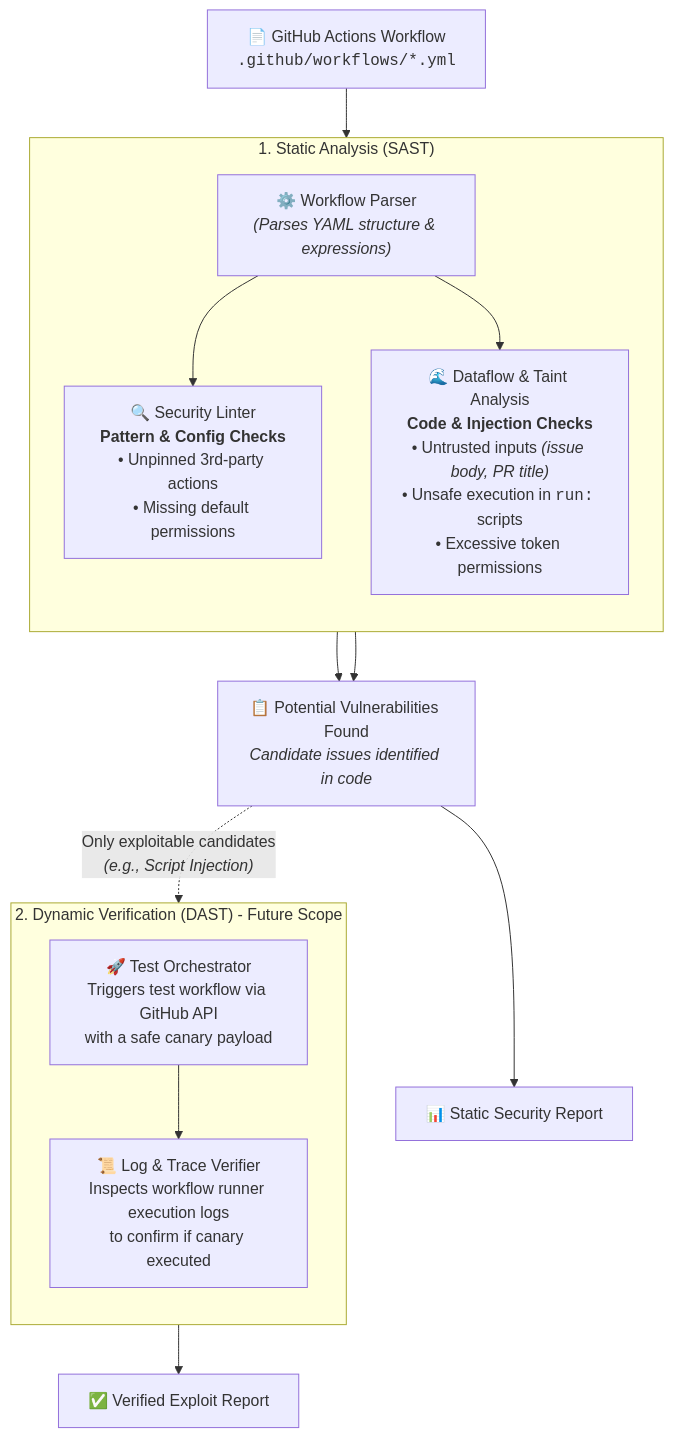
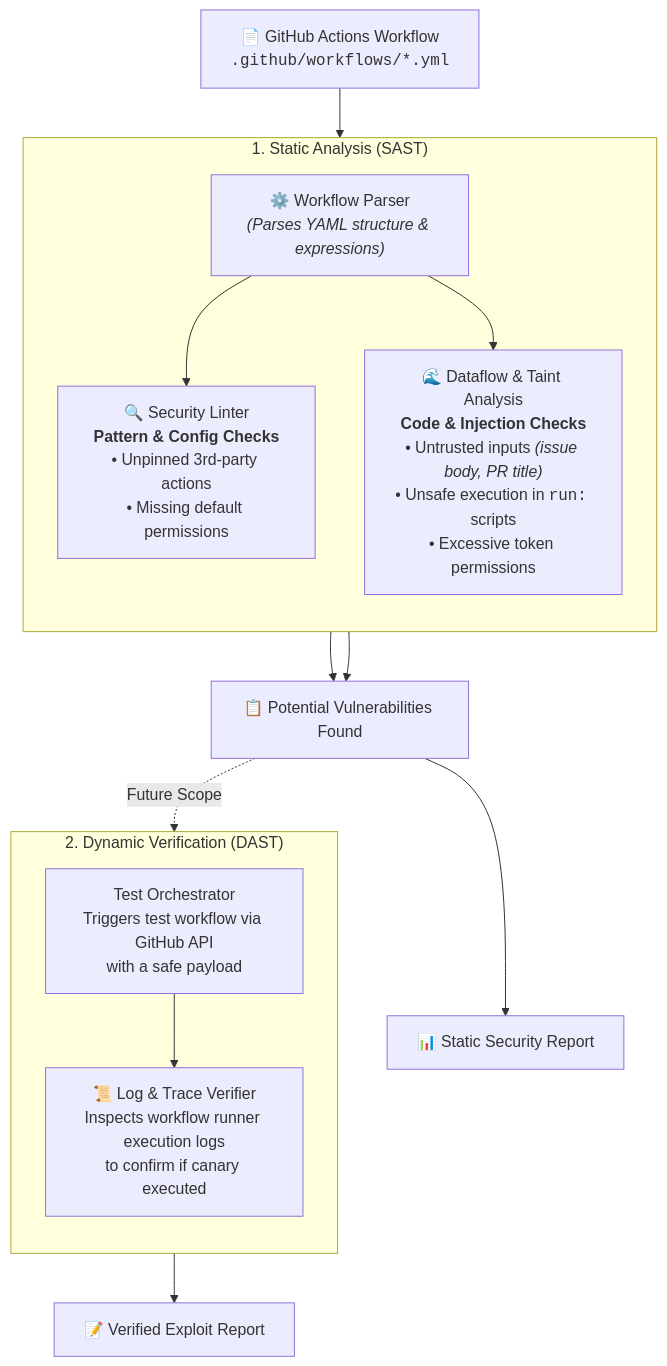
The diagram in docs/architecture.md (chinmaypant21/actionlens), drawn with Mermaid before and after one commit. The commit also changed 1 other file, not shown here.

Commit message:
Documentation update

````diff
--- a/docs/architecture.md
+++ b/docs/architecture.md
@@ -9,28 +9,27 @@
 ```mermaid
 flowchart TD
     %% Input
     Input["📄 GitHub Actions Workflow<br/><code>.github/workflows/*.yml</code>"] --> Parser["⚙️ Workflow Parser<br/><i>(Parses YAML structure & expressions)</i>"]
 
     %% Stage 1: SAST
     subgraph SAST["1. Static Analysis (SAST)"]
         direction TB
         Parser --> Lint["🔍 Security Linter<br/><b>Pattern & Config Checks</b><br/>• Unpinned 3rd-party actions<br/>• Missing default permissions"]
         Parser --> Dataflow["🌊 Dataflow & Taint Analysis<br/><b>Code & Injection Checks</b><br/>• Untrusted inputs <i>(issue body, PR title)</i><br/>• Unsafe execution in <code>run:</code> scripts<br/>• Excessive token permissions"]
     end
 
     %% Findings (Bridge between SAST and DAST)
-    Lint --> Findings["📋 Potential Vulnerabilities Found<br/><i>Candidate issues identified in code</i>"]
+    Lint --> Findings["📋 Potential Vulnerabilities Found"]
     Dataflow --> Findings
 
     Findings --> StaticReport["📊 Static Security Report"]
 
     %% Stage 2: DAST
-    subgraph DAST["2. Dynamic Verification (DAST) - Future Scope"]
+    subgraph DAST["2. Dynamic Verification (DAST)"]
         direction TB
-        Trigger["🚀 Test Orchestrator<br/>Triggers test workflow via GitHub API<br/>with a safe canary payload"]
+        Trigger["Test Orchestrator<br/>Triggers test workflow via GitHub API<br/>with a safe payload"]
         Trigger --> Logs["📜 Log & Trace Verifier<br/>Inspects workflow runner execution logs<br/>to confirm if canary executed"]
     end
-
-    Findings -. "Only exploitable candidates<br/><i>(e.g., Script Injection)</i>" .-> Trigger
-    Logs --> Verified["✅ Verified Exploit Report"]
+	Findings -. "Future Scope" .-> Trigger
+    Logs --> Verified["📝 Verified Exploit Report"]
 ```
````
